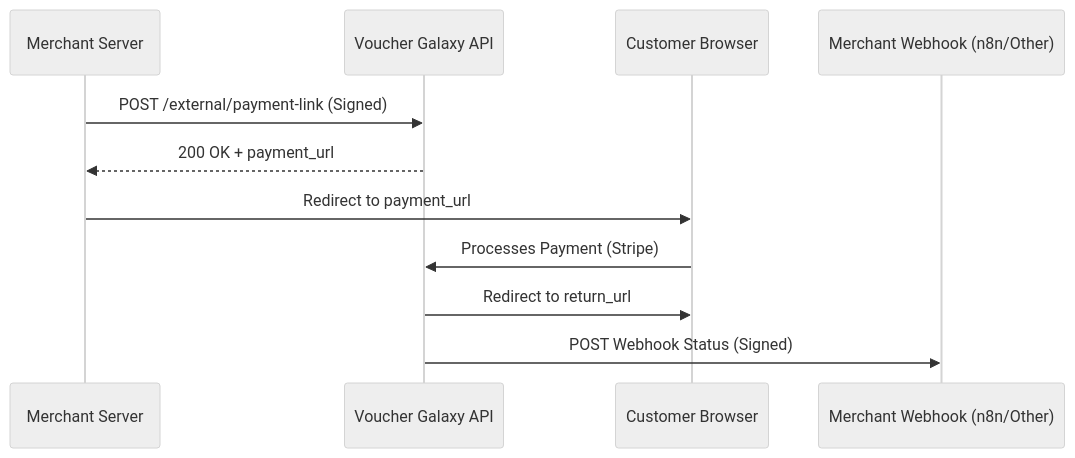
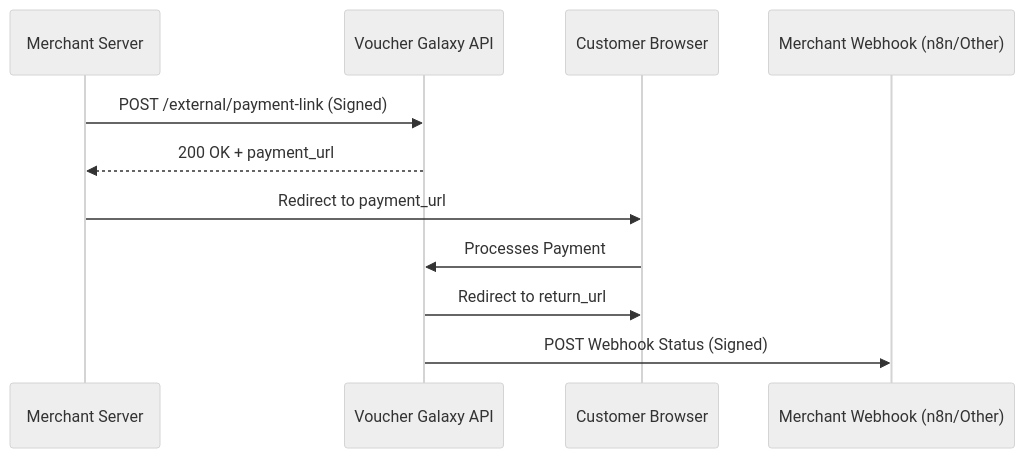
The diagram in API_PAYMENT_LINK_GUIDE.md (OM-tech-1/coupons), drawn with Mermaid (neutral theme) before and after one commit. The commit also changed other lines of this file, not shown here.

````diff
--- a/API_PAYMENT_LINK_GUIDE.md
+++ b/API_PAYMENT_LINK_GUIDE.md
@@ -17,14 +17,14 @@
 ```mermaid
 sequenceDiagram
     participant Merchant as Merchant Server
     participant VG as Voucher Galaxy API
     participant User as Customer Browser
     participant n8n as Merchant Webhook (n8n/Other)
 
     Merchant->>VG: POST /external/payment-link (Signed)
     VG-->>Merchant: 200 OK + payment_url
     Merchant->>User: Redirect to payment_url
-    User->>VG: Processes Payment (Stripe)
+    User->>VG: Processes Payment 
     VG->>User: Redirect to return_url
     VG->>n8n: POST Webhook Status (Signed)
 ```
````
